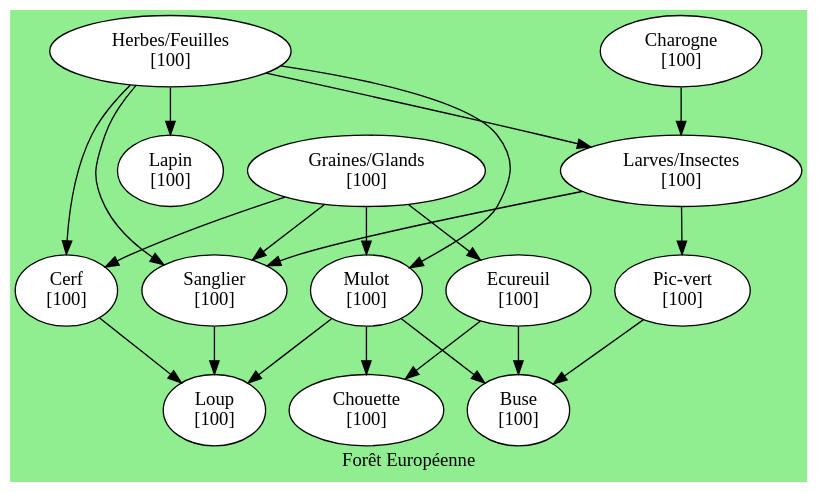
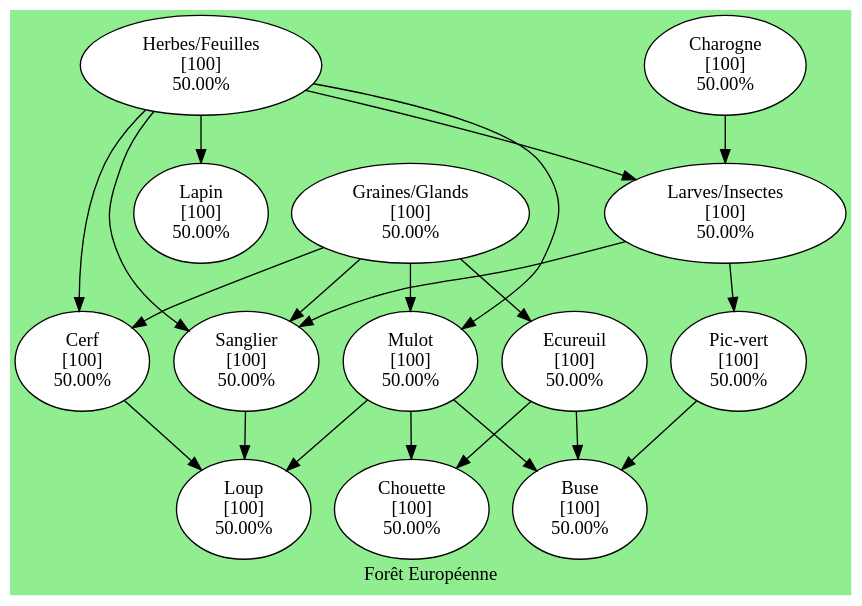
Before and after one commit to GTHBgaby/4H-ReseauxTrophiques: the diagram in GrapheDOT/foret_europeenne.dot, drawn with Graphviz. The commit also changed 3 other files, not shown here.

```diff
--- a/GrapheDOT/foret_europeenne.dot
+++ b/GrapheDOT/foret_europeenne.dot
@@ -1,66 +1,66 @@
 digraph foret_europ {
     rankdir=TB;
     compound=true;
     newrank=true;
 
     label = "Forêt Européenne";
     bgcolor = "lightgreen";
     node [shape=ellipse, style=filled, fillcolor=white];
 
-    "Ecureuil" [label="Ecureuil\n[100]"]
-    "Graines/Glands" [label="Graines/Glands\n[100]"]
-    "Mulot" [label="Mulot\n[100]"]
-    "Cerf" [label="Cerf\n[100]"]
-    "Sanglier" [label="Sanglier\n[100]"]
-    "Larves/Insectes" [label="Larves/Insectes\n[100]"]
-    "Herbes/Feuilles" [label="Herbes/Feuilles\n[100]"]
-    "Lapin" [label="Lapin\n[100]"]
-    "Charogne" [label="Charogne\n[100]"]
-    "Pic-vert" [label="Pic-vert\n[100]"]
-    "Chouette" [label="Chouette\n[100]"]
-    "Buse" [label="Buse\n[100]"]
-    "Loup" [label="Loup\n[100]"]
+    "Ecureuil" [label="Ecureuil\n[100]\n50.00%"]
+    "Graines/Glands" [label="Graines/Glands\n[100]\n50.00%"]
+    "Mulot" [label="Mulot\n[100]\n50.00%"]
+    "Cerf" [label="Cerf\n[100]\n50.00%"]
+    "Sanglier" [label="Sanglier\n[100]\n50.00%"]
+    "Larves/Insectes" [label="Larves/Insectes\n[100]\n50.00%"]
+    "Herbes/Feuilles" [label="Herbes/Feuilles\n[100]\n50.00%"]
+    "Lapin" [label="Lapin\n[100]\n50.00%"]
+    "Charogne" [label="Charogne\n[100]\n50.00%"]
+    "Pic-vert" [label="Pic-vert\n[100]\n50.00%"]
+    "Chouette" [label="Chouette\n[100]\n50.00%"]
+    "Buse" [label="Buse\n[100]\n50.00%"]
+    "Loup" [label="Loup\n[100]\n50.00%"]
 
      "Graines/Glands"->"Ecureuil"
      "Graines/Glands"->"Mulot"
      "Graines/Glands"->"Cerf"
      "Graines/Glands"->"Sanglier"
 
      "Herbes/Feuilles"->"Larves/Insectes"
      "Herbes/Feuilles"->"Lapin"
      "Herbes/Feuilles"->"Mulot"
      "Herbes/Feuilles"->"Cerf"
      "Herbes/Feuilles"->"Sanglier"
 
      "Charogne"->"Larves/Insectes"
 
      "Larves/Insectes" -> "Pic-vert"
      "Larves/Insectes"->"Sanglier"
 
      "Ecureuil"->"Chouette"
      "Ecureuil"->"Buse"
 
     "Mulot"  ->"Chouette"
     "Mulot"->"Buse"
     "Mulot"->"Loup"
 
      "Pic-vert" ->"Buse"
 
      "Cerf" ->"Loup"
      "Sanglier"->"Loup"
 
  // Force la disposition
     {rank=same; "Graines/Glands"}
     {rank=same; "Herbes/Feuilles"}
     {rank=same; "Charogne"}
     {rank=same; "Larves/Insectes"}
     {rank=same; "Lapin"}
     {rank=same; "Ecureuil"}
     {rank=same; "Mulot"}
     {rank=same; "Pic-vert"}
     {rank=same; "Cerf"}
     {rank=same; "Sanglier"}
     {rank=same; "Chouette"}
     {rank=same; "Buse"}
     {rank=same; "Loup"}
 }
```
